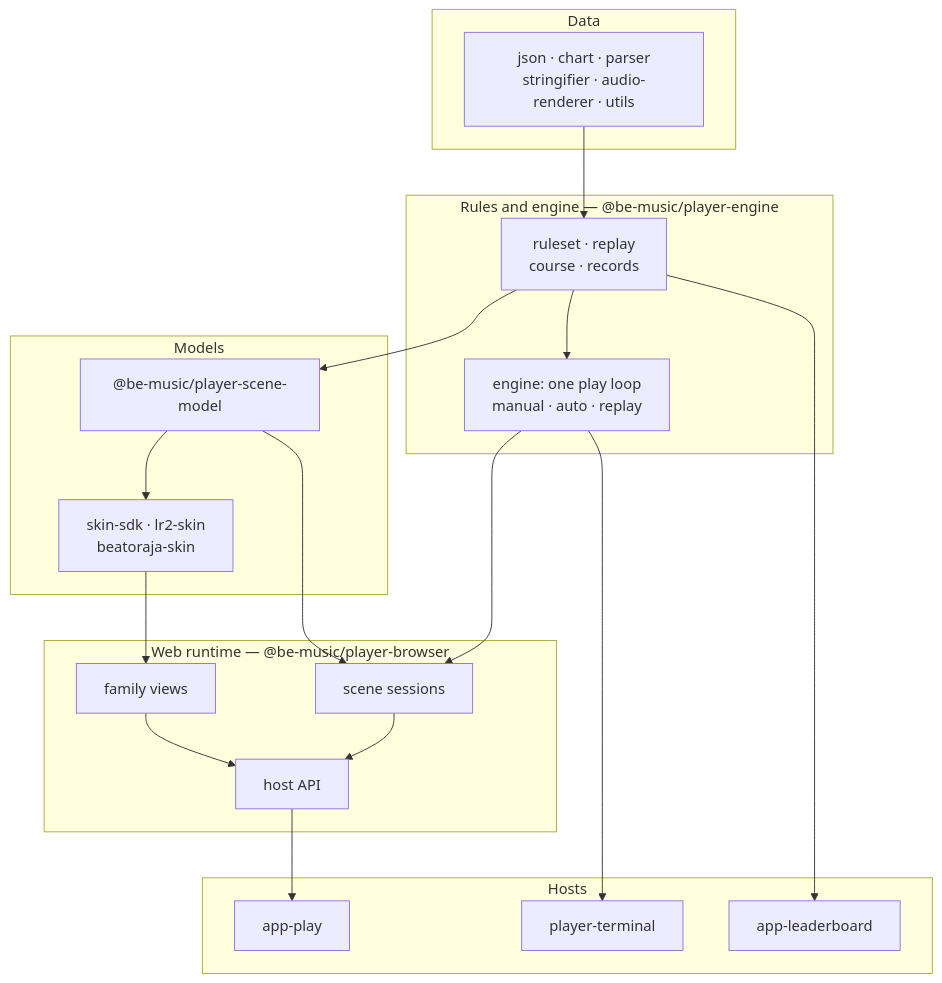
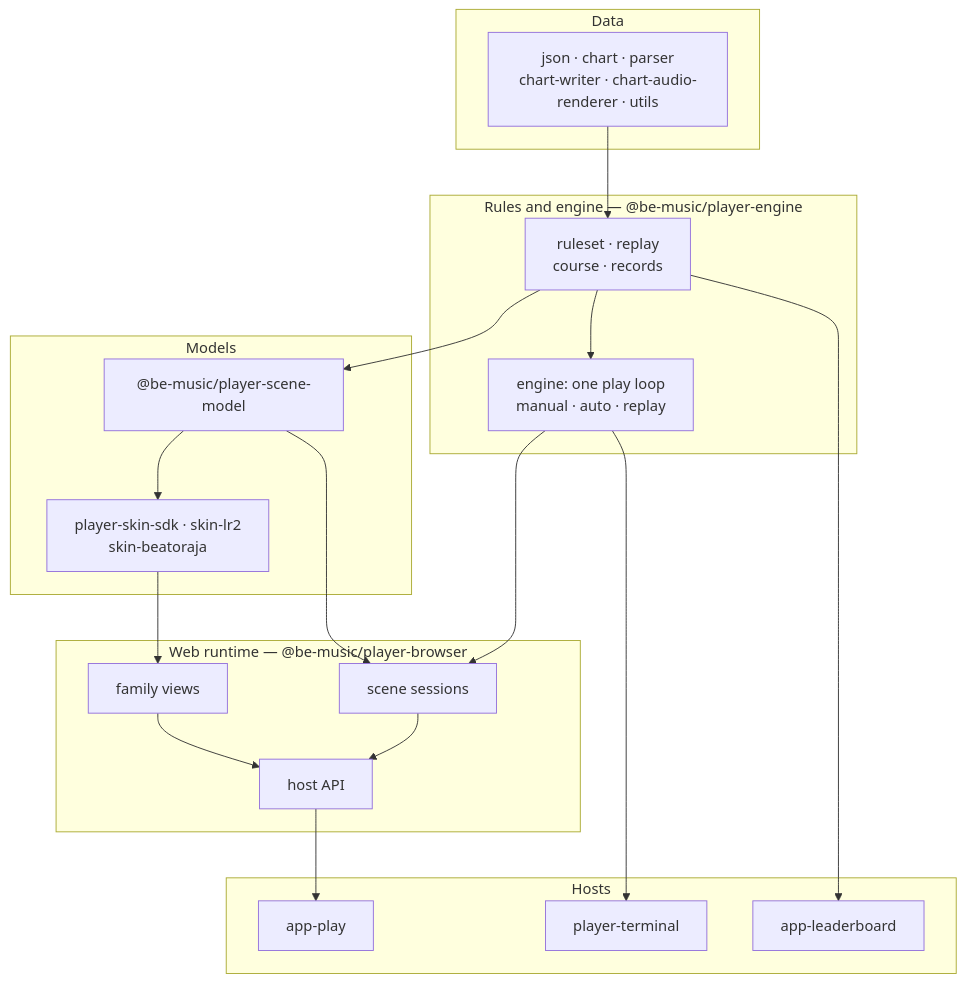
The third of 3 diagrams in docs/architecture.md (nulltask/be-music), drawn with Mermaid before and after one commit. The commit also changed other lines of this file and 31 other files, not shown here.

Commit message:
docs: align package labels and diagrams with renamed packages [ci skip]

````diff
--- a/docs/architecture.md
+++ b/docs/architecture.md
@@ -179,35 +179,35 @@
 ```mermaid
 flowchart TD
   subgraph data["Data"]
-    d["json · chart · parser<br/>stringifier · audio-renderer · utils"]
+    d["json · chart · parser<br/>chart-writer · chart-audio-renderer · utils"]
   end
   subgraph domain["Rules and engine — @be-music/player-engine"]
     rules["ruleset · replay<br/>course · records"]
     engine["engine: one play loop<br/>manual · auto · replay"]
   end
   subgraph models["Models"]
     scene["@be-music/player-scene-model"]
-    skins["skin-sdk · lr2-skin<br/>beatoraja-skin"]
+    skins["player-skin-sdk · skin-lr2<br/>skin-beatoraja"]
   end
   subgraph web["Web runtime — @be-music/player-browser"]
     sessions["scene sessions"]
     views["family views"]
     hostApi["host API"]
   end
   subgraph hosts["Hosts"]
     demo["app-play"]
     tui["player-terminal"]
     lb["app-leaderboard"]
   end
 
   d --> rules --> engine
   rules --> scene --> skins
   engine --> sessions
   scene --> sessions
   skins --> views
   sessions --> hostApi
   views --> hostApi
   hostApi --> demo
   engine --> tui
   rules --> lb
 ```
````
